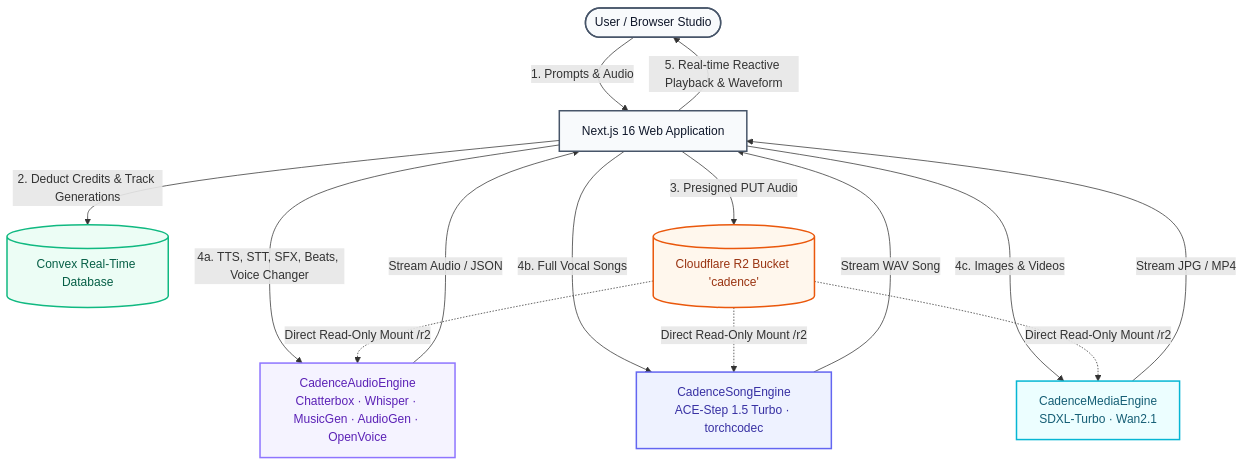
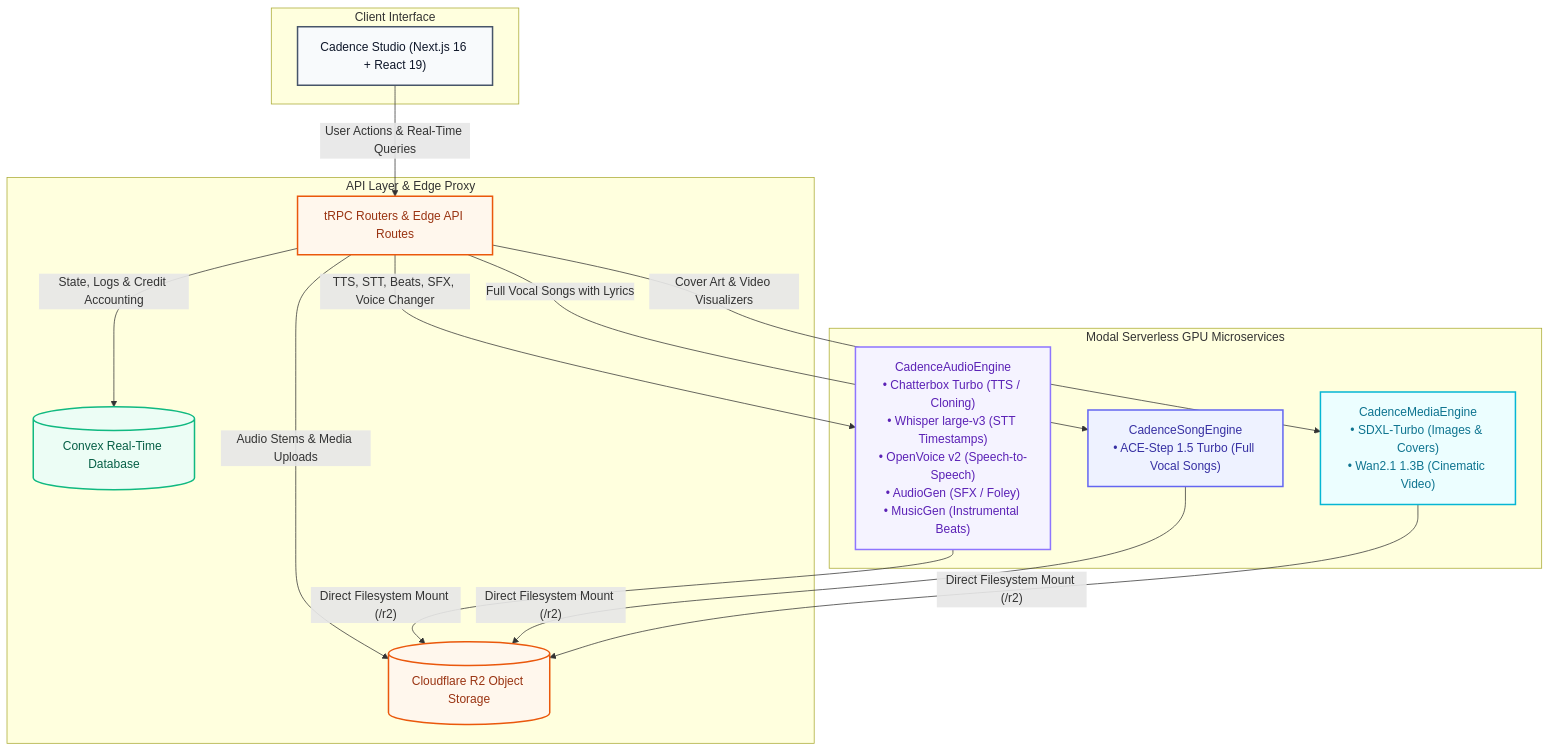
Before and after one commit to samolubukun/Cadence: the diagram in README.md, drawn with Mermaid. The commit also changed other lines of this file, not shown here.

Commit message:
Update documentation and project acknowledgments

````diff
--- a/README.md
+++ b/README.md
@@ -53,40 +53,45 @@
 ```mermaid
 graph TD
     %% Styling Classes
     classDef client fill:#f8fafc,stroke:#475569,stroke-width:2px,color:#0f172a;
     classDef edge fill:#fff7ed,stroke:#ea580c,stroke-width:2px,color:#9a3412;
     classDef db fill:#ecfdf5,stroke:#10b981,stroke-width:2px,color:#065f46;
     classDef audioEngine fill:#f5f3ff,stroke:#8e75ff,stroke-width:2px,color:#5b21b6;
     classDef songEngine fill:#eef2ff,stroke:#6366f1,stroke-width:2px,color:#3730a3;
-    classDef mediaEngine fill:#ecfeff,stroke:#06b6d4,stroke-width:2px,color:#155e75;
+    classDef mediaEngine fill:#ecfeff,stroke:#06b6d4,stroke-width:2px,color:#0e7490;
 
-    %% Client Layer
-    User([User / Browser Studio]) -->|1. Prompts & Audio| NextApp[Next.js 16 Web Application]
-    NextApp -->|2. Deduct Credits & Track Generations| ConvexDB[(Convex Real-Time Database)]
+    subgraph Client ["Client Interface"]
+        UI["Cadence Studio (Next.js 16 + React 19)"]
+    end
 
-    %% Storage
-    NextApp -->|3. Presigned PUT Audio| R2[(Cloudflare R2 Bucket 'cadence')]
+    subgraph Edge ["API Layer & Edge Proxy"]
+        TRPC["tRPC Routers & Edge API Routes"]
+        R2_Store[("Cloudflare R2 Object Storage")]
+        Convex_DB[("Convex Real-Time Database")]
+    end
 
-    %% Microservice Routing
-    NextApp -->|4a. TTS, STT, SFX, Beats, Voice Changer| AudioEng[CadenceAudioEngine<br/>Chatterbox · Whisper · MusicGen · AudioGen · OpenVoice]
-    NextApp -->|4b. Full Vocal Songs| SongEng[CadenceSongEngine<br/>ACE-Step 1.5 Turbo · torchcodec]
-    NextApp -->|4c. Images & Videos| MediaEng[CadenceMediaEngine<br/>SDXL-Turbo · Wan2.1]
+    subgraph Microservices ["Modal Serverless GPU Microservices"]
+        AudioEng["CadenceAudioEngine<br/>• Chatterbox Turbo (TTS / Cloning)<br/>• Whisper large-v3 (STT Timestamps)<br/>• OpenVoice v2 (Speech-to-Speech)<br/>• AudioGen (SFX / Foley)<br/>• MusicGen (Instrumental Beats)"]
+        SongEng["CadenceSongEngine<br/>• ACE-Step 1.5 Turbo (Full Vocal Songs)"]
+        MediaEng["CadenceMediaEngine<br/>• SDXL-Turbo (Images & Covers)<br/>• Wan2.1 1.3B (Cinematic Video)"]
+    end
 
-    %% GPU R2 Mount
-    R2 -.->|Direct Read-Only Mount /r2| AudioEng
-    R2 -.->|Direct Read-Only Mount /r2| SongEng
-    R2 -.->|Direct Read-Only Mount /r2| MediaEng
+    UI -->|"User Actions & Real-Time Queries"| TRPC
+    TRPC -->|"Audio Stems & Media Uploads"| R2_Store
+    TRPC -->|"State, Logs & Credit Accounting"| Convex_DB
 
-    %% Outputs Back
-    AudioEng -->|Stream Audio / JSON| NextApp
-    SongEng -->|Stream WAV Song| NextApp
-    MediaEng -->|Stream JPG / MP4| NextApp
-    NextApp -->|5. Real-time Reactive Playback & Waveform| User
+    TRPC -->|"TTS, STT, Beats, SFX, Voice Changer"| AudioEng
+    TRPC -->|"Full Vocal Songs with Lyrics"| SongEng
+    TRPC -->|"Cover Art & Video Visualizers"| MediaEng
 
-    class User,NextApp client;
-    class R2 edge;
-    class ConvexDB db;
+    AudioEng -->|"Direct Filesystem Mount (/r2)"| R2_Store
+    SongEng -->|"Direct Filesystem Mount (/r2)"| R2_Store
+    MediaEng -->|"Direct Filesystem Mount (/r2)"| R2_Store
+
+    class UI client;
+    class TRPC,R2_Store edge;
+    class Convex_DB db;
     class AudioEng audioEngine;
     class SongEng songEngine;
     class MediaEng mediaEngine;
 ```
````
